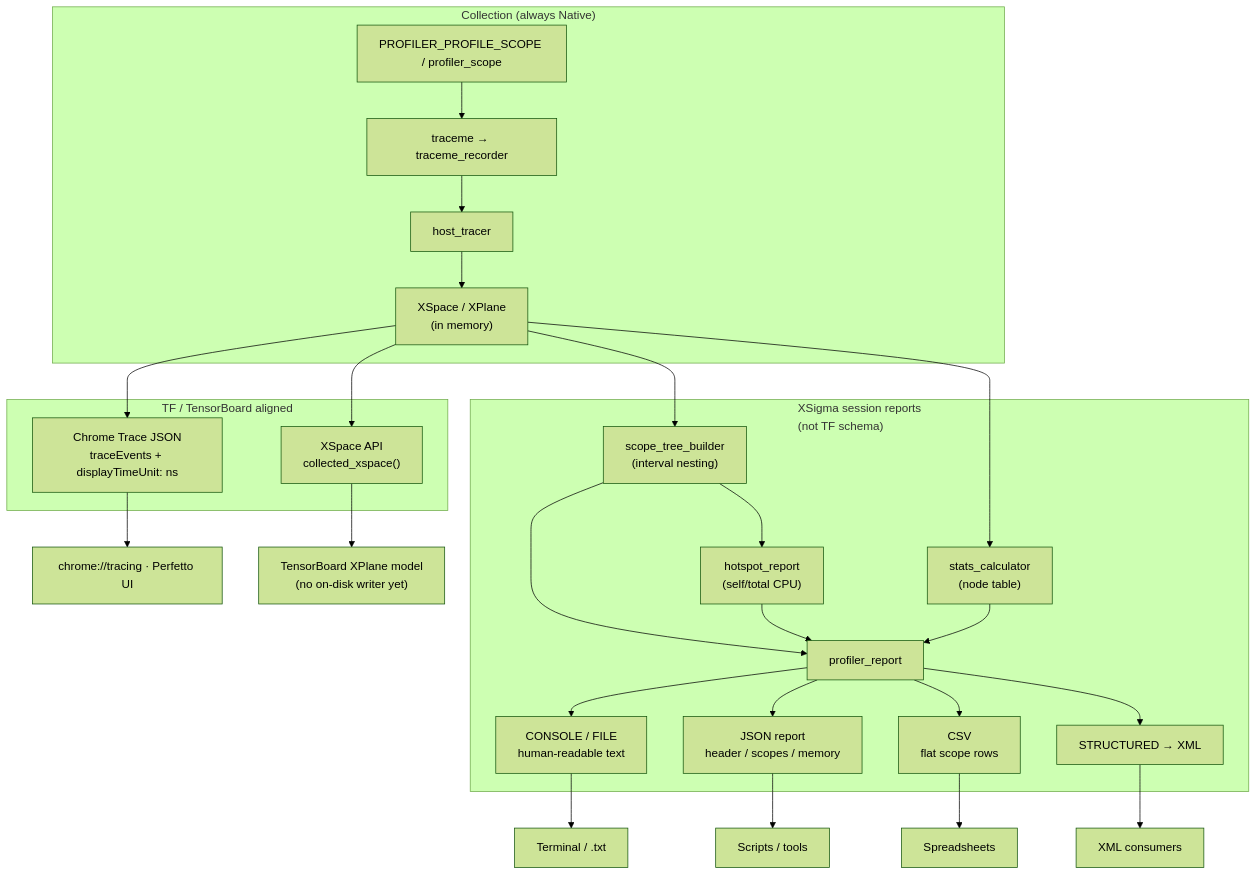
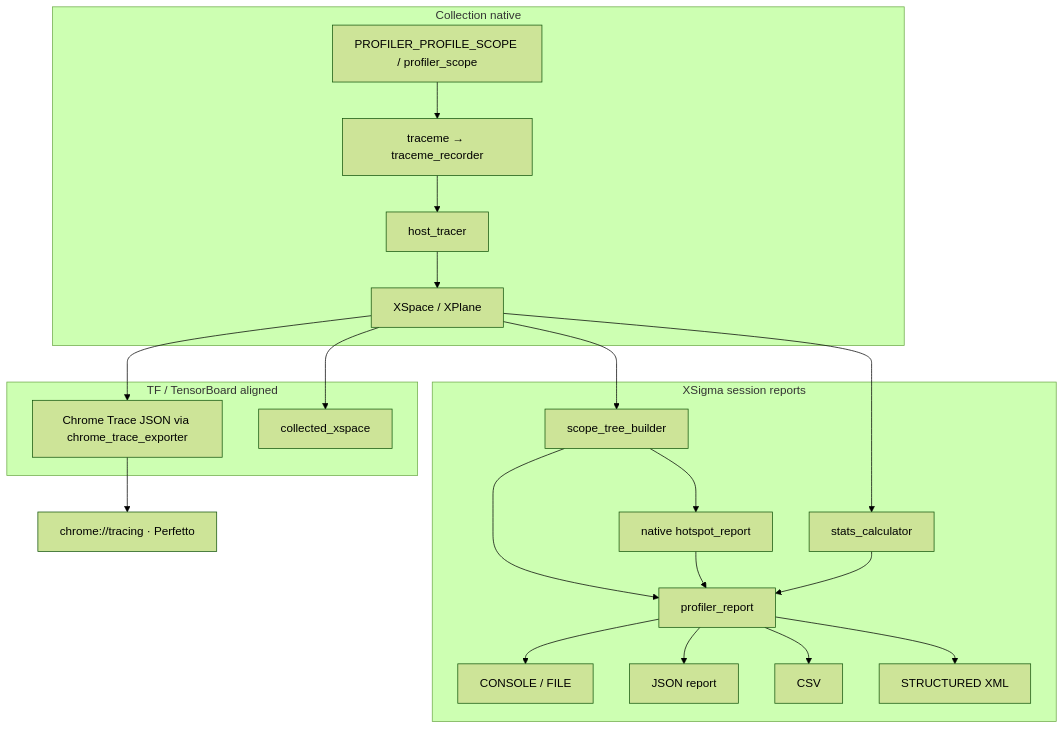
One commit to KhwarizmiAnalytix/Hisab changed the third of 3 diagrams in Docs/profiler/profiler.md. Above: the diagram before and after it, drawn with Mermaid (forest theme). The commit also changed other lines of this file and 12 other files, not shown here.

````diff
--- a/Docs/profiler/profiler.md
+++ b/Docs/profiler/profiler.md
@@ -782,38 +865,33 @@
 ```mermaid
 flowchart TB
-  subgraph collect["Collection (always Native)"]
+  subgraph collect["Collection native"]
     SCOPE["PROFILER_PROFILE_SCOPE / profiler_scope"]
     TM["traceme → traceme_recorder"]
     HT["host_tracer"]
-    XS["XSpace / XPlane<br/>(in memory)"]
+    XS["XSpace / XPlane"]
     SCOPE --> TM --> HT --> XS
   end
 
   subgraph tf_aligned["TF / TensorBoard aligned"]
-    CHROME["Chrome Trace JSON<br/>traceEvents + displayTimeUnit: ns"]
-    XP_VIEW["XSpace API<br/>collected_xspace()"]
+    CHROME["Chrome Trace JSON via chrome_trace_exporter"]
+    XP_VIEW["collected_xspace"]
     XS --> CHROME
     XS --> XP_VIEW
   end
 
-  subgraph xsigma_reports["XSigma session reports<br/>(not TF schema)"]
-    TREE["scope_tree_builder<br/>(interval nesting)"]
+  subgraph xsigma_reports["XSigma session reports"]
+    TREE["scope_tree_builder"]
     RPT["profiler_report"]
-    HOT["hotspot_report<br/>(self/total CPU)"]
-    STATS["stats_calculator<br/>(node table)"]
+    HOT["native hotspot_report"]
+    STATS["stats_calculator"]
     XS --> TREE --> RPT
     XS --> STATS --> RPT
     TREE --> HOT --> RPT
-    RPT --> CONSOLE["CONSOLE / FILE<br/>human-readable text"]
-    RPT --> JSONR["JSON report<br/>header / scopes / memory"]
-    RPT --> CSV["CSV<br/>flat scope rows"]
-    RPT --> XML["STRUCTURED → XML"]
+    RPT --> CONSOLE["CONSOLE / FILE"]
+    RPT --> JSONR["JSON report"]
+    RPT --> CSV["CSV"]
+    RPT --> XML["STRUCTURED XML"]
   end
 
-  CHROME --> VIEWERS["chrome://tracing · Perfetto UI"]
-  XP_VIEW --> TB["TensorBoard XPlane model<br/>(no on-disk writer yet)"]
-  CONSOLE --> TERM["Terminal / .txt"]
-  JSONR --> TOOLS["Scripts / tools"]
-  CSV --> SHEETS["Spreadsheets"]
-  XML --> XMLCONS["XML consumers"]
+  CHROME --> VIEWERS["chrome://tracing · Perfetto"]
 ```
````
